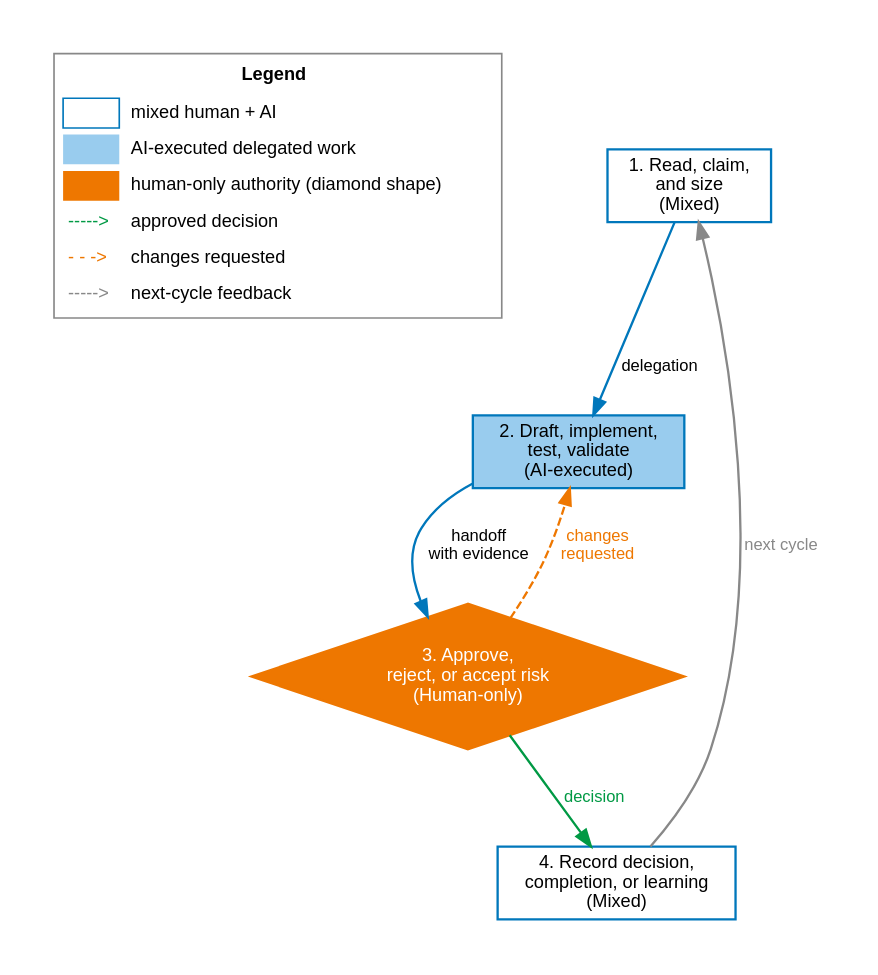
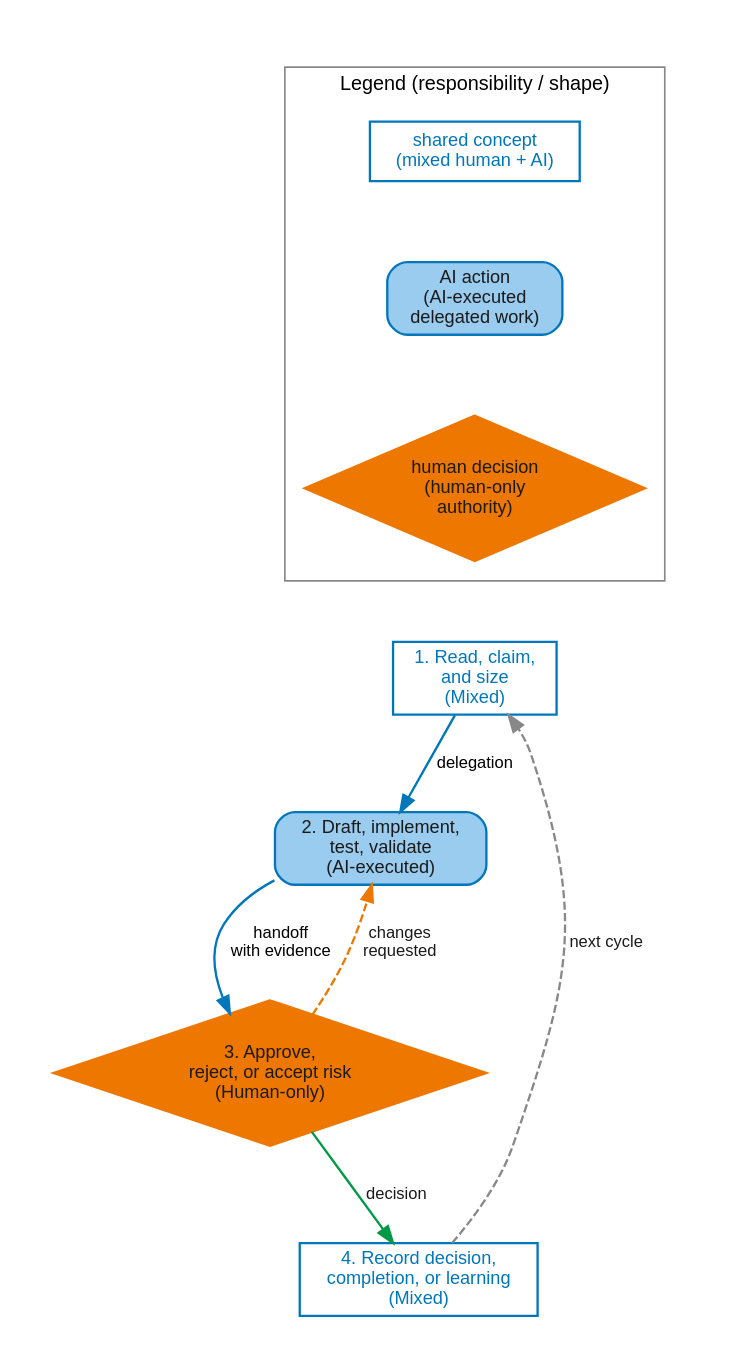
The diagram in agf/docs/figures/src/operating-responsibility-map.dot (janipaijanen/agf-mirror), drawn with Graphviz before and after one commit. The commit also changed 17 other files, not shown here.

```diff
--- a/agf/docs/figures/src/operating-responsibility-map.dot
+++ b/agf/docs/figures/src/operating-responsibility-map.dot
@@ -1,43 +1,68 @@
 // SPDX-License-Identifier: CC-BY-SA-4.0
 // agents-govern: day-to-day responsibility modes
 // Generate: dot -Tsvg operating-responsibility-map.dot -o ../operating-responsibility-map.svg
+//
+// Semantic responsibility palette: agf/docs/site/reference/palette.md
+// ("Semantic responsibility palette" section). This figure's original
+// "Mixed / AI-executed / Human-only" legend already maps almost exactly
+// onto the palette contract's five categories -- this is the closest
+// existing analogue to the palette, as the workstream inventory noted.
+// "Mixed" = Shared concept (white fill, blue-mid border/text, plain
+// box); "AI-executed" = AI action (blue-light, rounded); "Human-only" =
+// Human decision (amber diamond, already the correct shape). Fixes a
+// contrast defect: the prior white-on-amber text on "3. Approve, reject,
+// or accept risk" was 2.89:1, below the 4.5:1 AA threshold; text is
+// now #1A1A1A (6.03:1), matching the fix already applied to every other
+// Human decision node in this figure set.
 digraph operating_responsibility_map {
     graph [rankdir=TB, splines=spline, pad=0.35, nodesep=0.45, ranksep=0.65,
            bgcolor=white, fontname="Helvetica", fontsize=12, compound=true]
     node  [fontname="Helvetica", fontsize=11, style=filled, shape=box,
            fillcolor=white, color="#0077BB", penwidth=1.4]
     edge  [fontname="Helvetica", fontsize=10, color="#0077BB", penwidth=1.4]
 
-    legend [shape=plain, label=<
-        <TABLE BORDER="1" CELLBORDER="0" CELLSPACING="4" CELLPADDING="3" COLOR="#888888" BGCOLOR="white">
-            <TR><TD COLSPAN="2"><B>Legend</B></TD></TR>
-            <TR><TD BORDER="1" COLOR="#0077BB" WIDTH="28"></TD><TD ALIGN="LEFT">mixed human + AI</TD></TR>
-            <TR><TD BGCOLOR="#99CCEE" WIDTH="28"></TD><TD ALIGN="LEFT">AI-executed delegated work</TD></TR>
-            <TR><TD BGCOLOR="#EE7700" WIDTH="28"></TD><TD ALIGN="LEFT">human-only authority (diamond shape)</TD></TR>
-            <TR><TD><FONT COLOR="#009944">-----&gt;</FONT></TD><TD ALIGN="LEFT">approved decision</TD></TR>
-            <TR><TD><FONT COLOR="#EE7700">- - -&gt;</FONT></TD><TD ALIGN="LEFT">changes requested</TD></TR>
-            <TR><TD><FONT COLOR="#888888">-----&gt;</FONT></TD><TD ALIGN="LEFT">next-cycle feedback</TD></TR>
-        </TABLE>
-    >]
+    // Shape key: matches the other converted figures' shape-key
+    // treatment, using this figure's own Shared-concept / AI-action /
+    // Human-decision categories.
+    subgraph cluster_shapekey {
+        label = "Legend (responsibility / shape)"
+        fontname = "Helvetica"
+        fontsize = 12
+        color = "#888888"
+        margin = 12
 
-    read    [label="1. Read, claim,\nand size\n(Mixed)", fillcolor=white]
+        sk_shared  [label="shared concept\n(mixed human + AI)",
+                    fillcolor=white, color="#0077BB", fontcolor="#0077BB"]
+        sk_ai      [label="AI action\n(AI-executed\ndelegated work)",
+                    style="filled,rounded", fillcolor="#99CCEE",
+                    color="#0077BB", fontcolor="#1A1A1A"]
+        sk_diamond [label="human decision\n(human-only\nauthority)", shape=diamond,
+                    fillcolor="#EE7700", color="#EE7700", fontcolor="#1A1A1A"]
+
+        sk_shared -> sk_ai -> sk_diamond [style=invis]
+    }
+
+    read    [label="1. Read, claim,\nand size\n(Mixed)", fillcolor=white,
+             color="#0077BB", fontcolor="#0077BB"]
     execute [label="2. Draft, implement,\ntest, validate\n(AI-executed)",
-             fillcolor="#99CCEE"]
+             style="filled,rounded", fillcolor="#99CCEE", color="#0077BB",
+             fontcolor="#1A1A1A"]
     decide  [label="3. Approve,\nreject, or accept risk\n(Human-only)",
-             shape=diamond, fillcolor="#EE7700", fontcolor=white,
+             shape=diamond, fillcolor="#EE7700", fontcolor="#1A1A1A",
              color="#EE7700"]
     record  [label="4. Record decision,\ncompletion, or learning\n(Mixed)",
-             fillcolor=white]
+             fillcolor=white, color="#0077BB", fontcolor="#0077BB"]
+
+    // Stack the shape key above the diagram, same technique as the
+    // other converted figures.
+    sk_diamond -> read [style=invis]
 
     read -> execute [label="delegation"]
     execute -> decide [label="handoff\nwith evidence"]
     decide -> execute [label="changes\nrequested", style=dashed,
-                       color="#EE7700", fontcolor="#EE7700"]
+                       color="#EE7700", fontcolor="#1A1A1A"]
     decide -> record [label="decision", color="#009944",
-                      fontcolor="#009944"]
-    record -> read [label="next cycle", color="#888888",
-                    fontcolor="#888888"]
-
-    {rank=same; legend; read}
-    legend -> read [style=invis]
+                      fontcolor="#1A1A1A"]
+    record -> read [label="next cycle", style=dashed, color="#888888",
+                    fontcolor="#1A1A1A"]
 }
```
